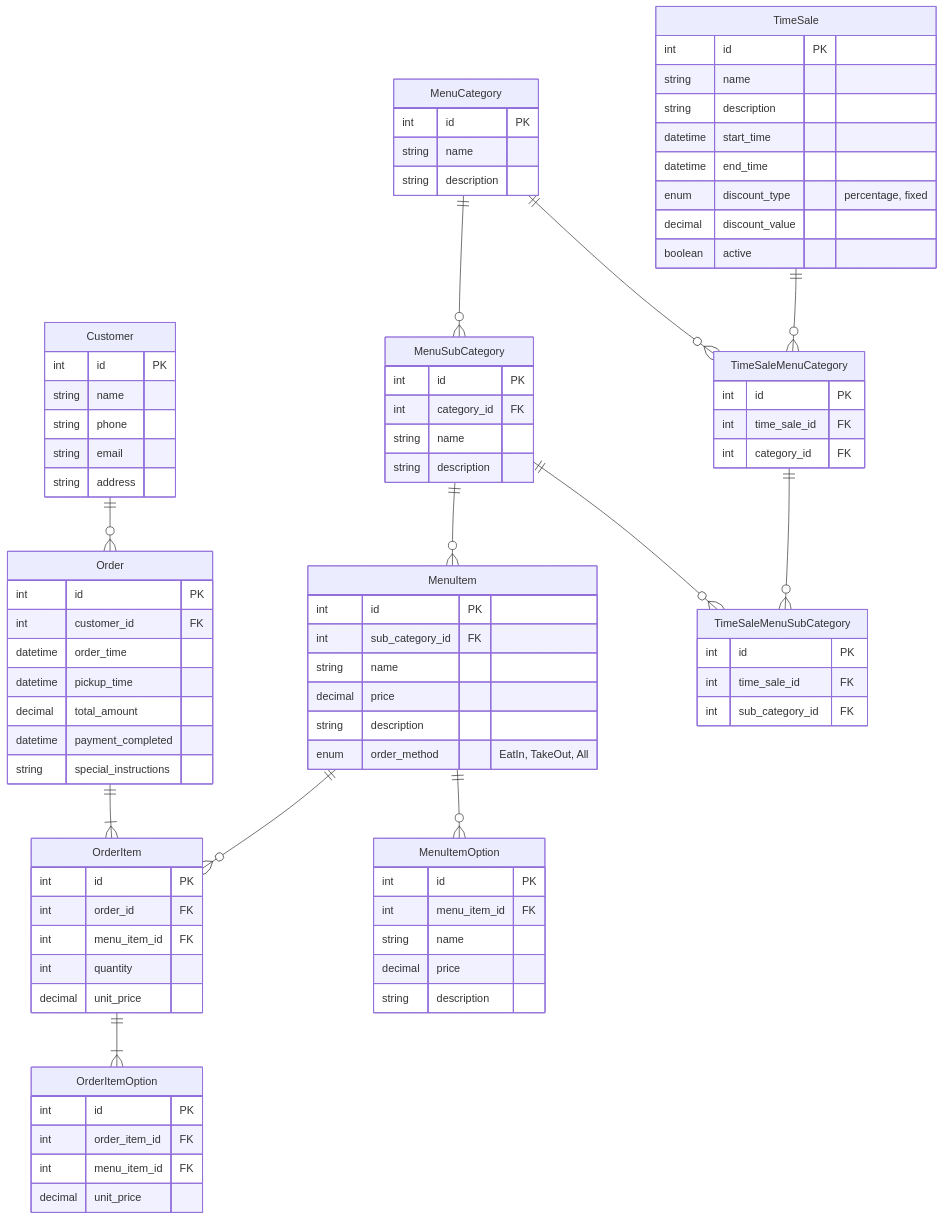
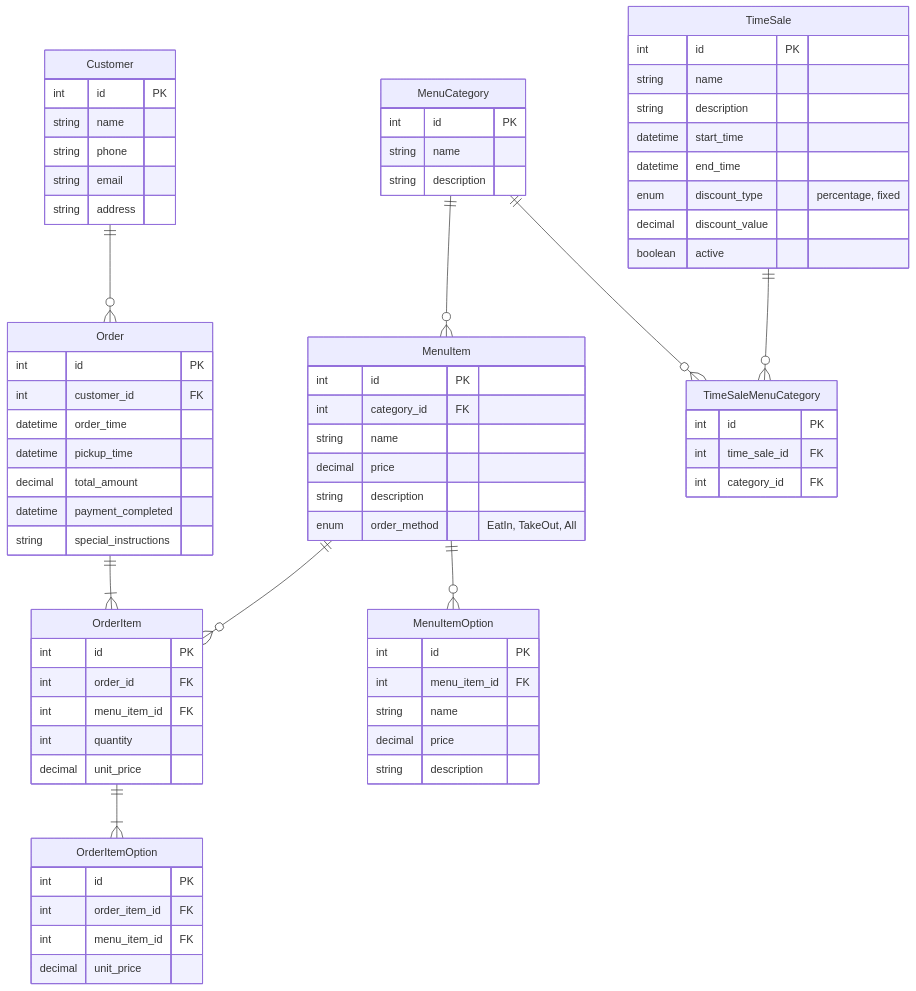
The diagram in Database/01_modeling/課題3.md (daiki-tadokoro/praha-challenge), drawn with Mermaid before and after one commit. The commit also changed other lines of this file, not shown here.

````diff
--- a/Database/01_modeling/課題3.md
+++ b/Database/01_modeling/課題3.md
@@ -8,13 +8,10 @@
     Order ||--|{ OrderItem : ""
     OrderItem ||--|{ OrderItemOption : ""
     MenuItem ||--o{ OrderItem : ""
-    MenuCategory ||--o{ MenuSubCategory : ""
-    MenuSubCategory ||--o{ MenuItem : ""
+    MenuCategory ||--o{ MenuItem : ""
     MenuItem ||--o{ MenuItemOption : ""
     TimeSale ||--o{ TimeSaleMenuCategory : ""
-    TimeSaleMenuCategory ||--o{ TimeSaleMenuSubCategory : ""
     MenuCategory ||--o{ TimeSaleMenuCategory : ""
-    MenuSubCategory ||--o{ TimeSaleMenuSubCategory : ""
 
     Customer {
         int id PK
@@ -51,7 +48,7 @@
 
     MenuItem {
         int id PK
-        int sub_category_id FK
+        int category_id FK
         string name
         decimal price
         string description
@@ -72,13 +69,6 @@
         string description
     }
 
-    MenuSubCategory {
-        int id PK
-        int category_id FK
-        string name
-        string description
-    }
-
      TimeSale {
         int id PK
         string name
@@ -95,10 +85,4 @@
         int time_sale_id FK
         int category_id FK
     }
-
-    TimeSaleMenuSubCategory {
-        int id PK
-        int time_sale_id FK
-        int sub_category_id FK
-    }
 ```
````
